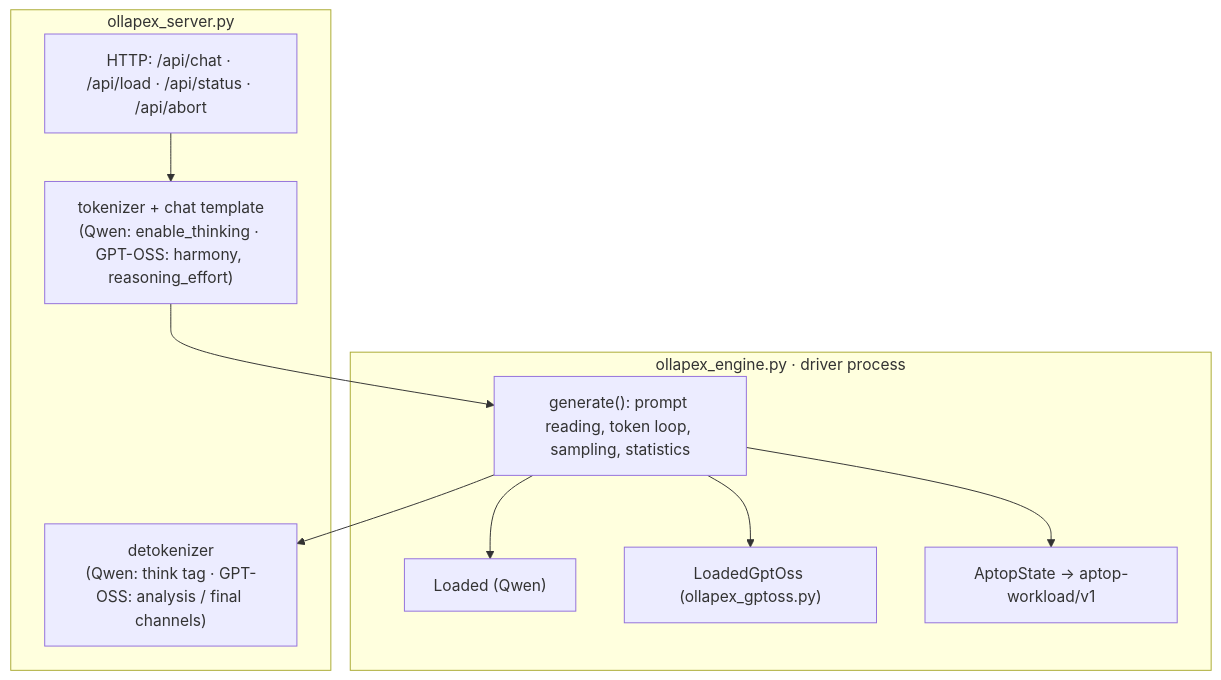
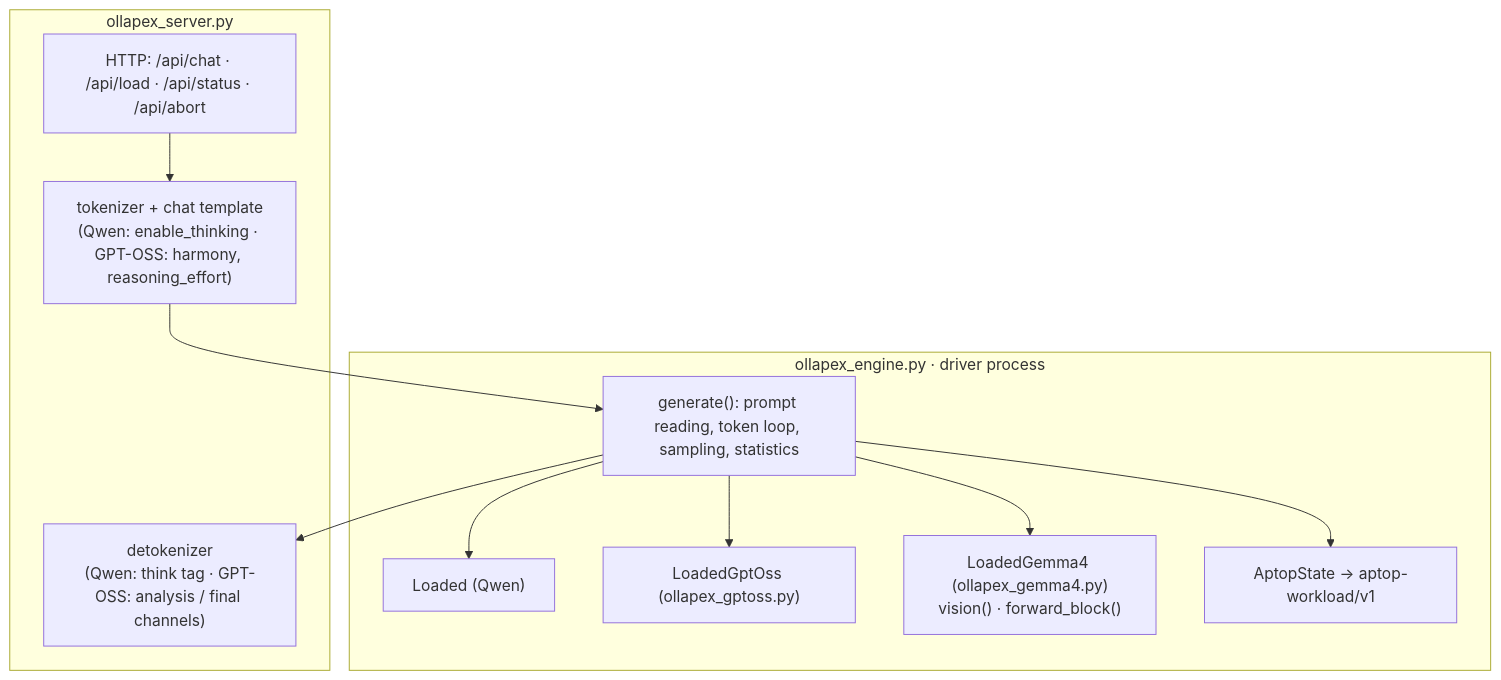
The second of 2 diagrams in models/apex-tp-llm/docs/TECHNICAL.md (apex-compute/unified-engine), drawn with Mermaid before and after one commit. The commit also changed other lines of this file and 15 other files, not shown here.

First line of the commit message:
apex-tp-llm: Gemma 4 images: vision encoder tensor-parallel on 8 engines, exact image block in the LM, OllApeX image input

````diff
--- a/models/apex-tp-llm/docs/TECHNICAL.md
+++ b/models/apex-tp-llm/docs/TECHNICAL.md
@@ -187,19 +187,21 @@
 ```mermaid
 flowchart TB
     subgraph Server["ollapex_server.py"]
         H["HTTP: /api/chat · /api/load · /api/status · /api/abort"]
         T["tokenizer + chat template<br/>(Qwen: enable_thinking · GPT-OSS: harmony, reasoning_effort)"]
         DT["detokenizer<br/>(Qwen: think tag · GPT-OSS: analysis / final channels)"]
     end
     subgraph Driver["ollapex_engine.py · driver process"]
         G["generate(): prompt reading, token loop, sampling, statistics"]
         L1["Loaded (Qwen)"]
         L2["LoadedGptOss (ollapex_gptoss.py)"]
+        L3["LoadedGemma4 (ollapex_gemma4.py)<br/>vision() · forward_block()"]
         AP["AptopState → aptop-workload/v1"]
     end
     H --> T --> G
     G --> L1
     G --> L2
+    G --> L3
     G --> DT
     G --> AP
 ```
````
